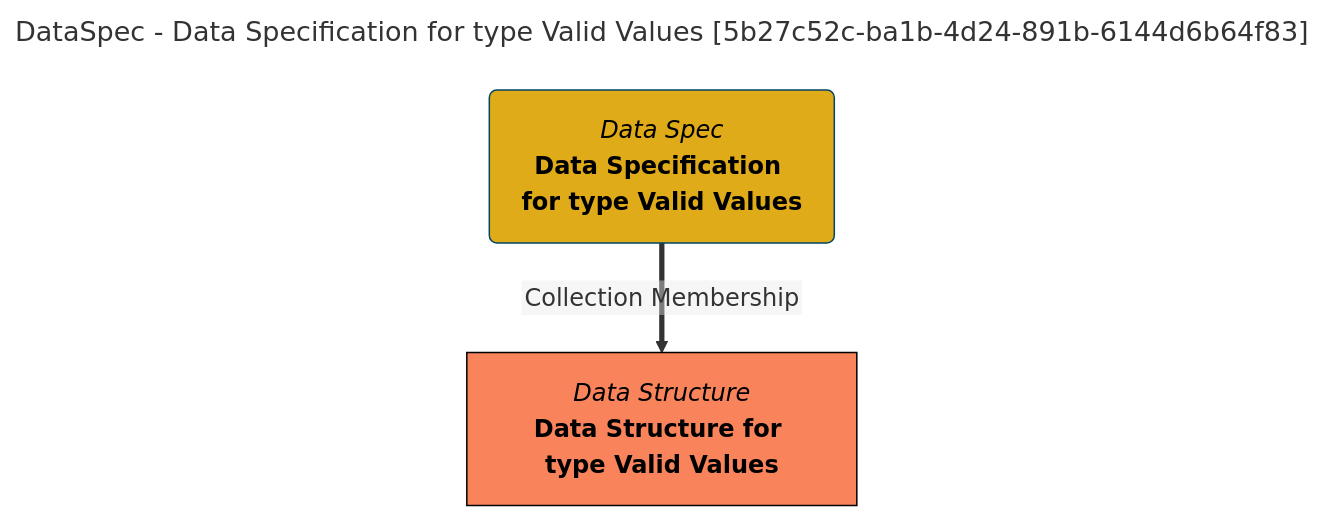
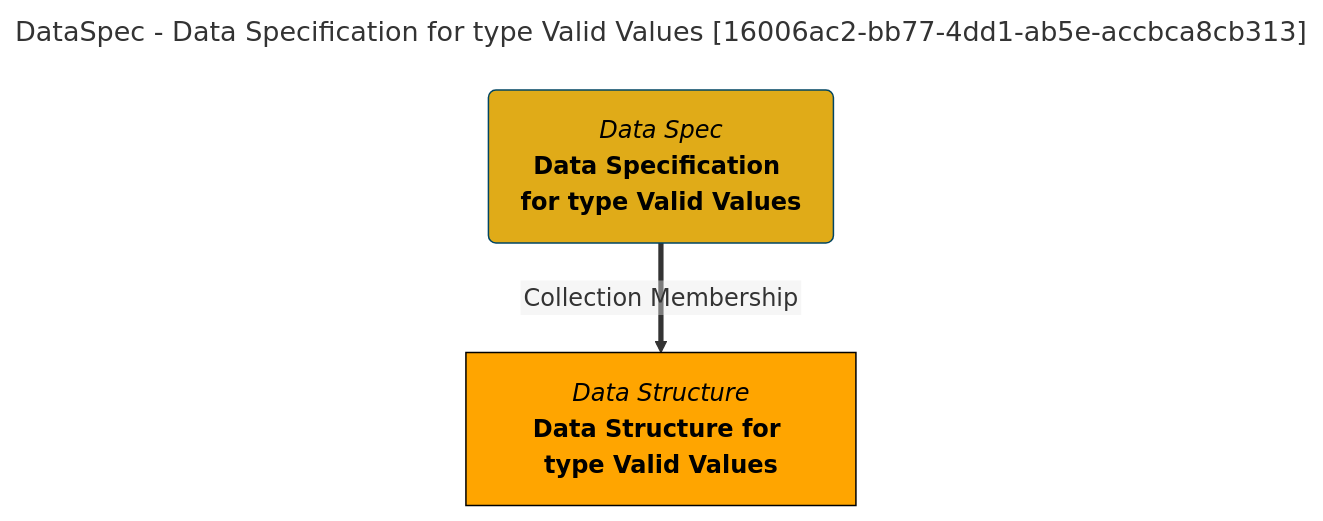
Before and after one commit to odpi/egeria-docs: the diagram in site/snippets/collections/data-specs/data-specification-for-type-valid-values-mermaid-graph.md, drawn with Mermaid. The commit also changed 2201 other files, not shown here.

````diff
--- a/site/snippets/collections/data-specs/data-specification-for-type-valid-values-mermaid-graph.md
+++ b/site/snippets/collections/data-specs/data-specification-for-type-valid-values-mermaid-graph.md
@@ -1,15 +1,15 @@
 ```mermaid
 ---
-title: DataSpec - Data Specification for type Valid Values [5b27c52c-ba1b-4d24-891b-6144d6b64f83]
+title: DataSpec - Data Specification for type Valid Values [16006ac2-bb77-4dd1-ab5e-accbca8cb313]
 ---
 flowchart TD
 %%{init: {"flowchart": {"htmlLabels": false}} }%%
 
 1@{ shape: rounded, label: "*Data Spec*
 **Data Specification for type Valid Values**"}
 2@{ shape: rect, label: "*Data Structure*
 **Data Structure for type Valid Values**"}
 1==>|"Collection Membership"|2
 style 1 color:#000000, fill:#e0ab18, stroke:#004563
-style 2 color:#000000, fill:#f9845b, stroke:#000000
+style 2 color:#000000, fill:#FFA500, stroke:#000000
 ```
````
